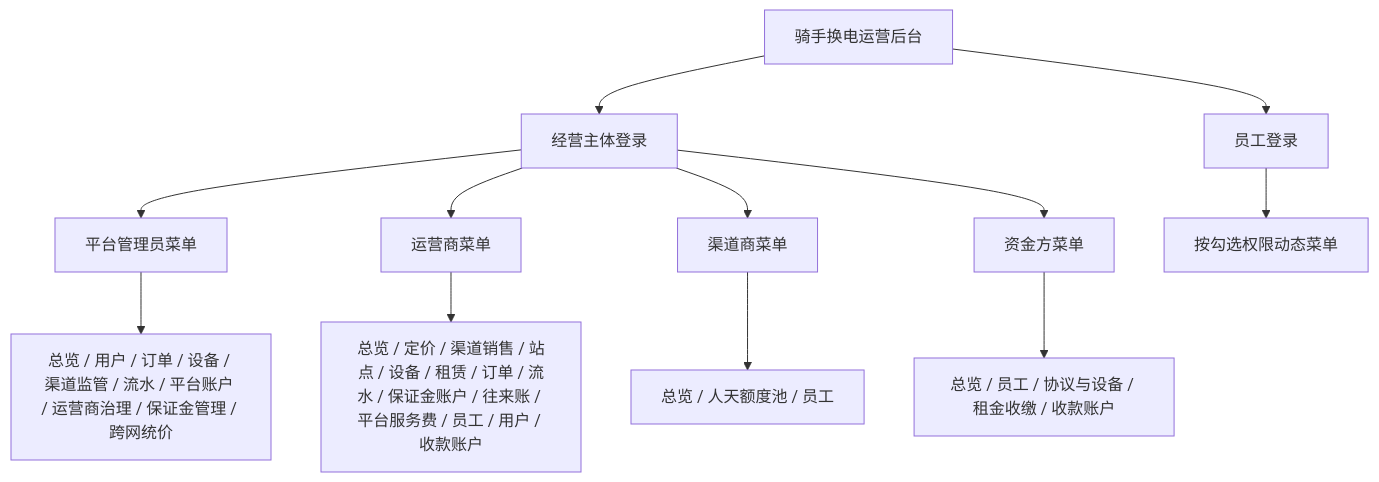
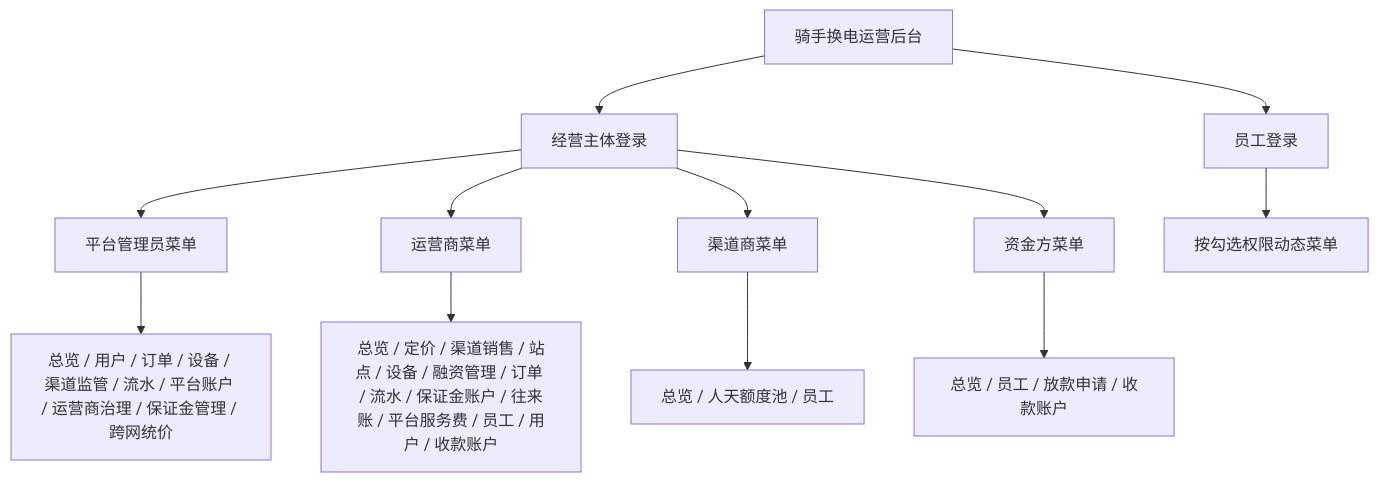
The third of 17 diagrams in docs/功能结构与业务流程.md (liudali/rider-swap-operator-prototype), drawn with Mermaid before and after one commit. The commit also changed other lines of this file and 54 other files, not shown here.

````diff
--- a/docs/功能结构与业务流程.md
+++ b/docs/功能结构与业务流程.md
@@ -59,19 +59,19 @@
 ```mermaid
 flowchart TB
   Root[骑手换电运营后台]
 
   Root --> EntityLogin[经营主体登录]
   Root --> EmpLogin[员工登录]
 
   EntityLogin --> PlatM[平台管理员菜单]
   EntityLogin --> OPM[运营商菜单]
   EntityLogin --> CHM[渠道商菜单]
   EntityLogin --> LeaseM[资金方菜单]
 
   PlatM --> PlatA[总览 / 用户 / 订单 / 设备 / 渠道监管 / 流水 / 平台账户 / 运营商治理 / 保证金管理 / 跨网统价]
-  OPM --> OPA[总览 / 定价 / 渠道销售 / 站点 / 设备 / 租赁 / 订单 / 流水 / 保证金账户 / 往来账 / 平台服务费 / 员工 / 用户 / 收款账户]
+  OPM --> OPA[总览 / 定价 / 渠道销售 / 站点 / 设备 / 融资管理 / 订单 / 流水 / 保证金账户 / 往来账 / 平台服务费 / 员工 / 用户 / 收款账户]
   CHM --> CHA[总览 / 人天额度池 / 员工]
-  LeaseM --> LeaseA[总览 / 员工 / 协议与设备 / 租金收缴 / 收款账户]
+  LeaseM --> LeaseA[总览 / 员工 / 放款申请 / 收款账户]
 
   EmpLogin --> PermNav[按勾选权限动态菜单]
 ```
````
